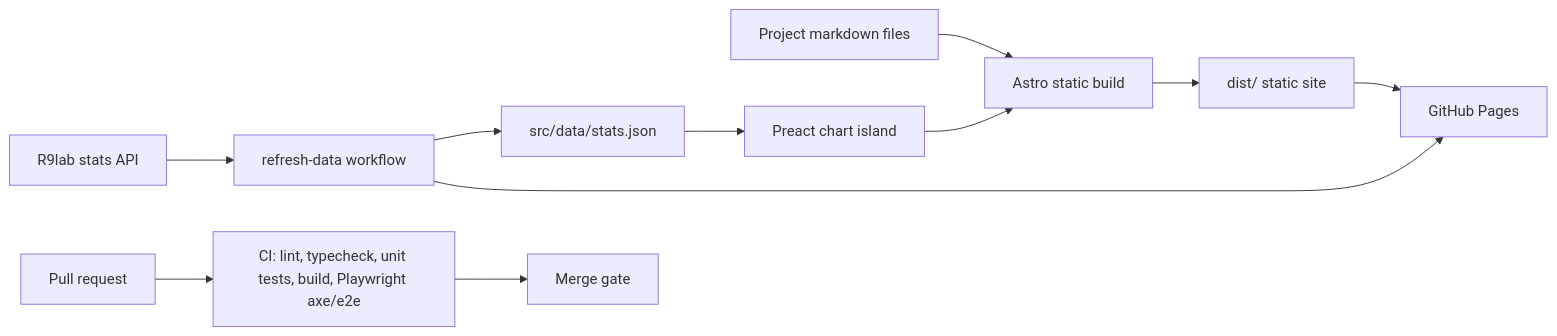
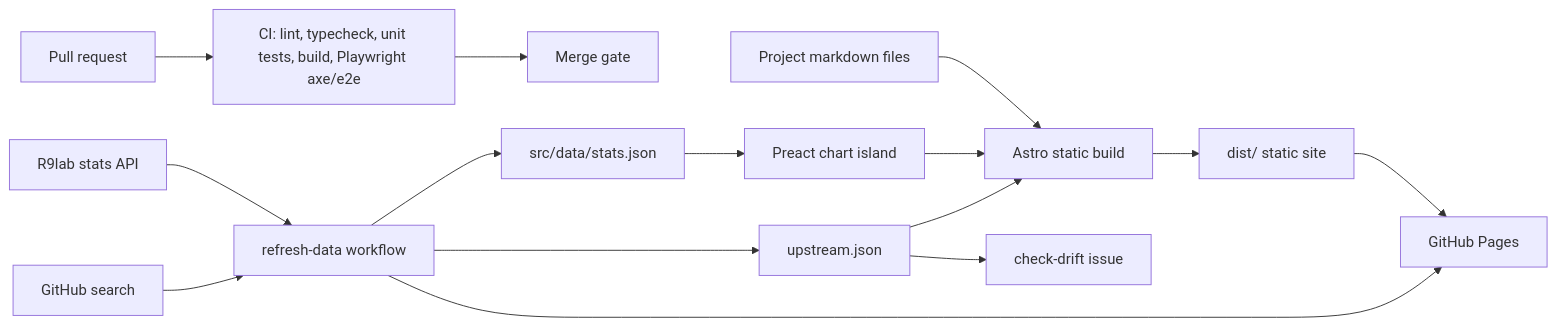
The diagram in docs/architecture.md (simonvanlierde/simonvanlierde.github.io), drawn with Mermaid before and after one commit. The commit also changed other lines of this file and 14 other files, not shown here.

````diff
--- a/docs/architecture.md
+++ b/docs/architecture.md
@@ -5,15 +5,19 @@
 ```mermaid
 flowchart LR
   author[Project markdown files] --> astro[Astro static build]
   stats[src/data/stats.json] --> island[Preact chart island]
   island --> astro
   astro --> dist[dist/ static site]
   dist --> pages[GitHub Pages]
 
   r9lab[R9lab stats API] --> refresh[refresh-data workflow]
+  search[GitHub search] --> refresh
   refresh --> stats
+  refresh --> upjson[upstream.json]
+  upjson --> astro
+  upjson --> drift[check-drift issue]
   refresh --> pages
 
   pr[Pull request] --> ci[CI: lint, typecheck, unit tests, build, Playwright axe/e2e]
   ci --> review[Merge gate]
 ```
````
